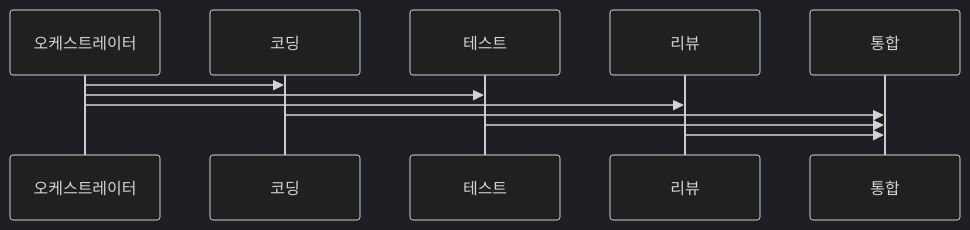
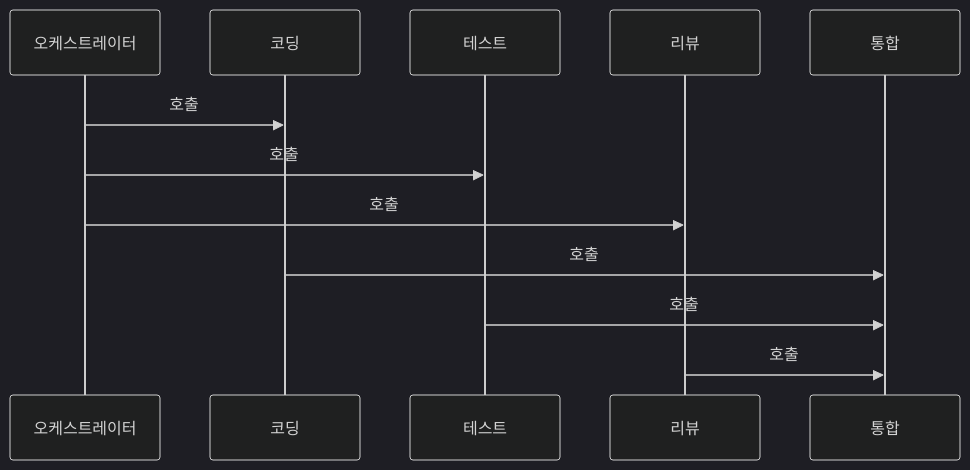
One commit to yjkim2015/yjkim2015.github.io changed the second of 2 diagrams in _posts/ai/2026-05-03-llm-application-architecture.md. Above: the diagram before and after it, drawn with Mermaid (dark theme). The commit also changed 85 other files, not shown here.

First line of the commit message:
sequenceDiagram 문법 에러 2차 수정 169개 (86파일)

````diff
--- a/_posts/ai/2026-05-03-llm-application-architecture.md
+++ b/_posts/ai/2026-05-03-llm-application-architecture.md
@@ -392,9 +392,9 @@
 ```mermaid
 sequenceDiagram
-    오케스트레이터->>코딩:
-    오케스트레이터->>테스트:
-    오케스트레이터->>리뷰:
-    코딩->>통합:
-    테스트->>통합:
-    리뷰->>통합:
+    오케스트레이터->>코딩: 호출
+    오케스트레이터->>테스트: 호출
+    오케스트레이터->>리뷰: 호출
+    코딩->>통합: 호출
+    테스트->>통합: 호출
+    리뷰->>통합: 호출
 ```
````
